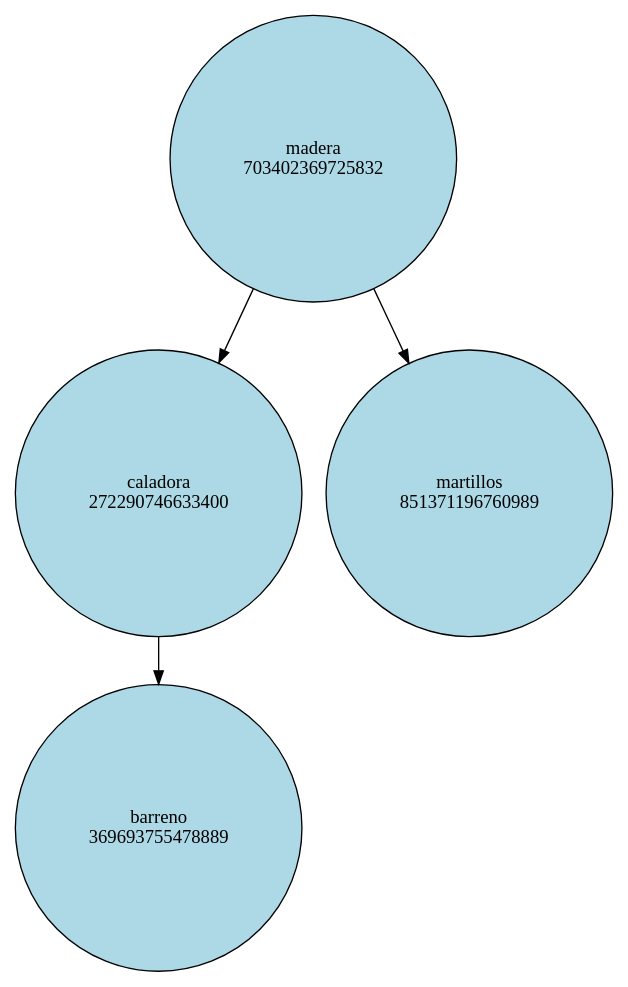
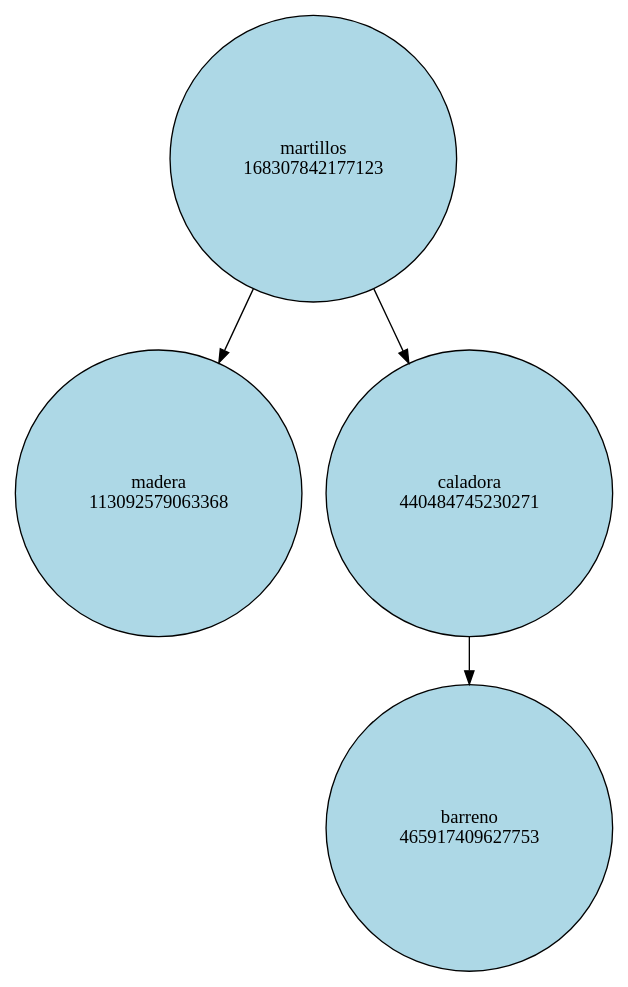
The diagram in cmake-build-debug/arbol.dot (Mlvin40/RentaDeActivos), drawn with Graphviz before and after one commit. The commit also changed 21 other files, not shown here.

```diff
--- a/cmake-build-debug/arbol.dot
+++ b/cmake-build-debug/arbol.dot
@@ -1,10 +1,10 @@
 digraph AVL {
     node [shape=circle, style=filled];
-    "703402369725832" [label="madera\n703402369725832", fillcolor=lightblue];
-    "703402369725832" -> "272290746633400";
-    "272290746633400" [label="caladora\n272290746633400", fillcolor=lightblue];
-    "272290746633400" -> "369693755478889";
-    "369693755478889" [label="barreno\n369693755478889", fillcolor=lightblue];
-    "703402369725832" -> "851371196760989";
-    "851371196760989" [label="martillos\n851371196760989", fillcolor=lightblue];
+    "168307842177123" [label="martillos\n168307842177123", fillcolor=lightblue];
+    "168307842177123" -> "113092579063368";
+    "113092579063368" [label="madera\n113092579063368", fillcolor=lightblue];
+    "168307842177123" -> "440484745230271";
+    "440484745230271" [label="caladora\n440484745230271", fillcolor=lightblue];
+    "440484745230271" -> "465917409627753";
+    "465917409627753" [label="barreno\n465917409627753", fillcolor=lightblue];
 }
```
